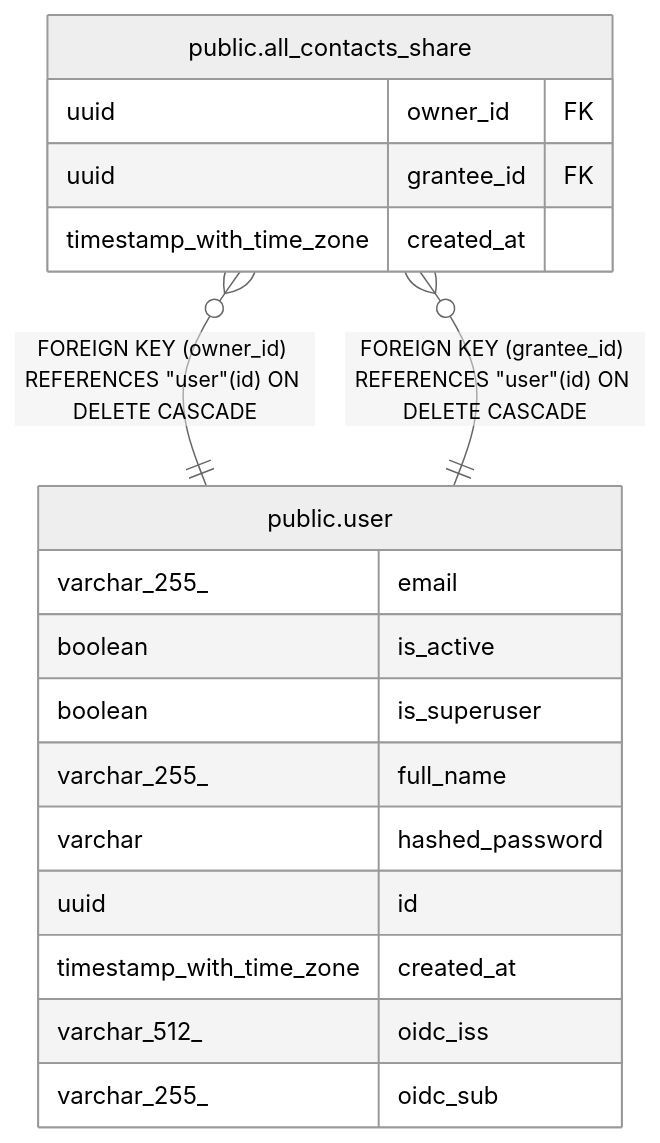
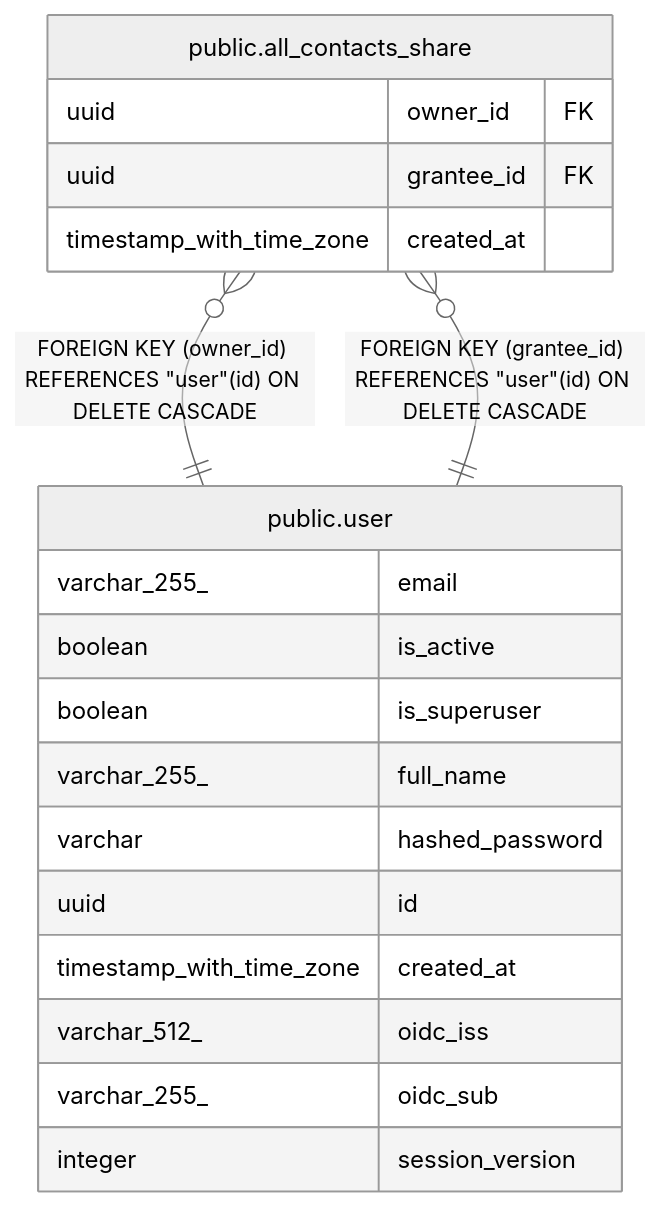
The diagram in docs/db/public.all_contacts_share.md (pike00/Kindred), drawn with Mermaid (neutral theme) before and after one commit. The commit also changed 1036 other files, not shown here.

````diff
--- a/docs/db/public.all_contacts_share.md
+++ b/docs/db/public.all_contacts_share.md
@@ -34,23 +34,24 @@
 ```mermaid
 erDiagram
 
 "public.all_contacts_share" }o--|| "public.user" : "FOREIGN KEY (owner_id) REFERENCES #quot;user#quot;(id) ON DELETE CASCADE"
 "public.all_contacts_share" }o--|| "public.user" : "FOREIGN KEY (grantee_id) REFERENCES #quot;user#quot;(id) ON DELETE CASCADE"
 
 "public.all_contacts_share" {
   uuid owner_id FK
   uuid grantee_id FK
   timestamp_with_time_zone created_at
 }
 "public.user" {
   varchar_255_ email
   boolean is_active
   boolean is_superuser
   varchar_255_ full_name
   varchar hashed_password
   uuid id
   timestamp_with_time_zone created_at
   varchar_512_ oidc_iss
   varchar_255_ oidc_sub
+  integer session_version
 }
 ```
````
